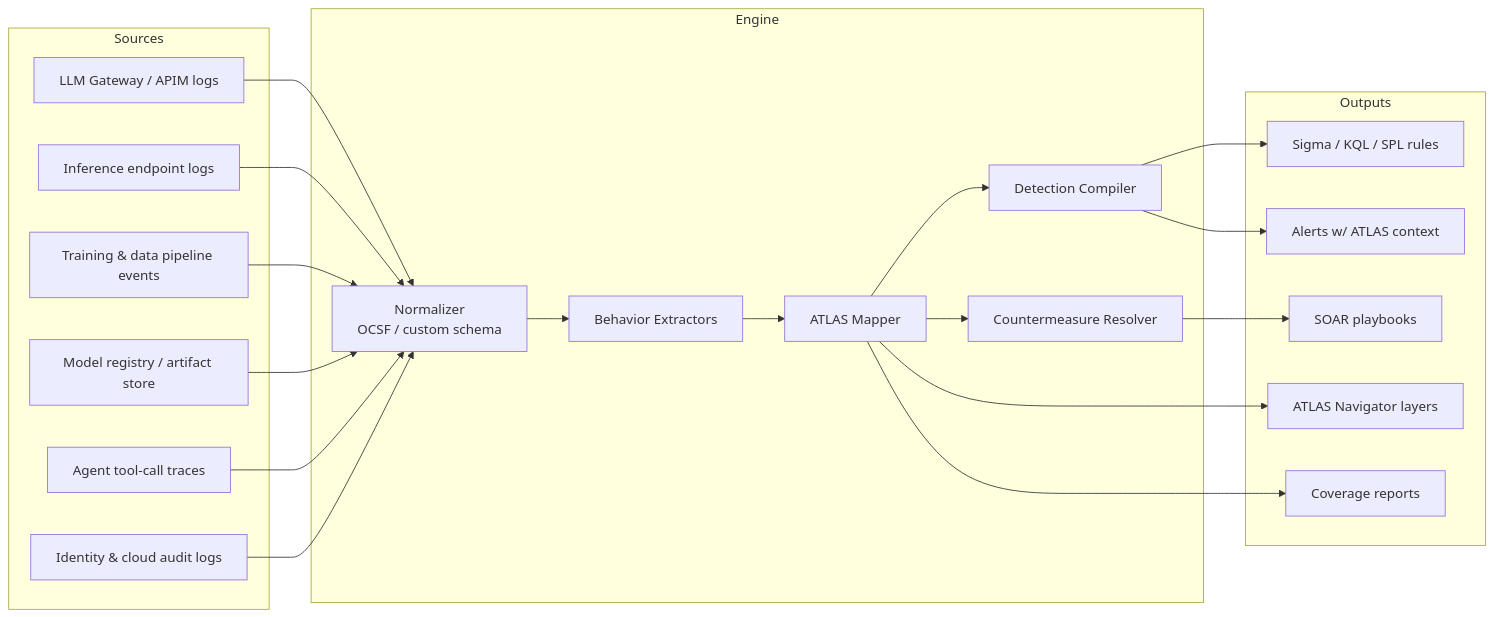
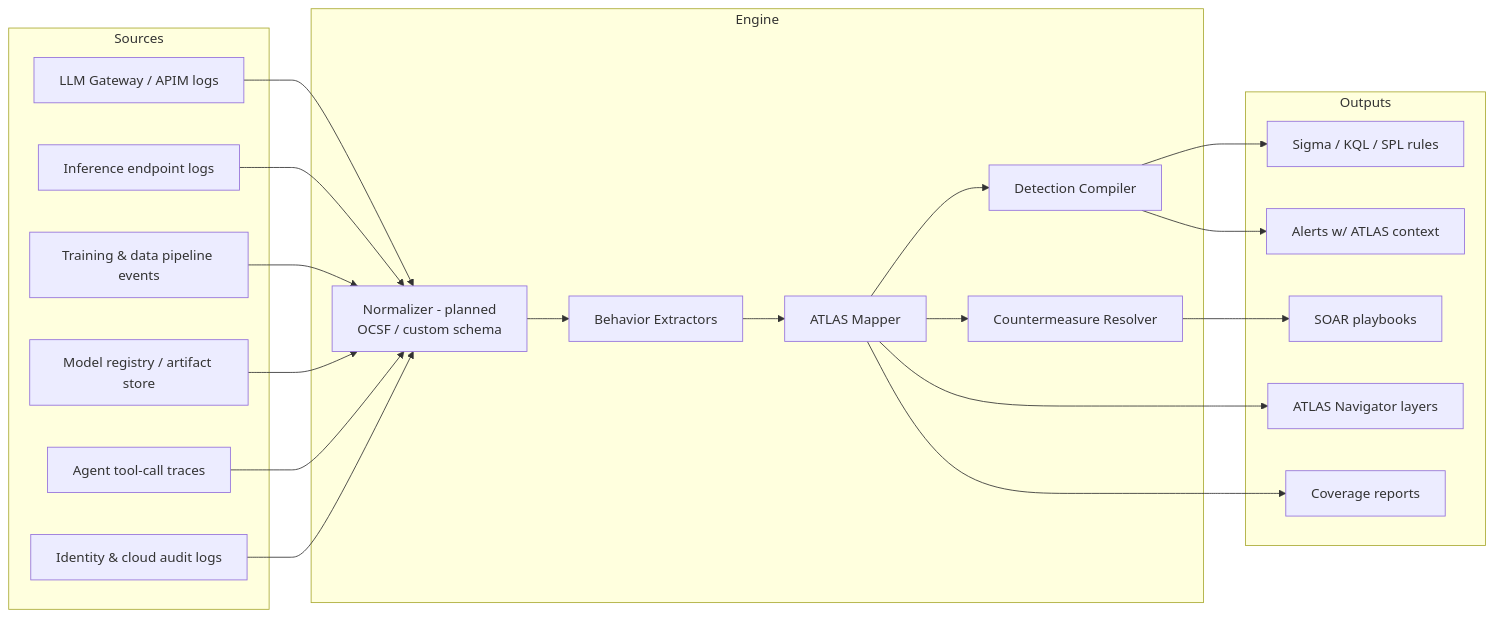
One commit to airios1111/atlasbehavior001 changed the diagram in README.md. Above: the diagram before and after it, drawn with Mermaid. The commit also changed other lines of this file, not shown here.

Commit message:
Refresh README roadmap counts and mark normalizer as planned

````diff
--- a/README.md
+++ b/README.md
@@ -36,34 +36,34 @@
 ```mermaid
 flowchart LR
     subgraph Sources
         A1[LLM Gateway / APIM logs]
         A2[Inference endpoint logs]
         A3[Training & data pipeline events]
         A4[Model registry / artifact store]
         A5[Agent tool-call traces]
         A6[Identity & cloud audit logs]
     end
 
     subgraph Engine
-        N[Normalizer<br/>OCSF / custom schema]
+        N[Normalizer - planned<br/>OCSF / custom schema]
         B[Behavior Extractors]
         M[ATLAS Mapper]
         D[Detection Compiler]
         C[Countermeasure Resolver]
     end
 
     subgraph Outputs
         O1[Sigma / KQL / SPL rules]
         O2[ATLAS Navigator layers]
         O3[SOAR playbooks]
         O4[Coverage reports]
         O5[Alerts w/ ATLAS context]
     end
 
     A1 & A2 & A3 & A4 & A5 & A6 --> N --> B --> M
     M --> D --> O1
     M --> C --> O3
     M --> O2
     M --> O4
     D --> O5
 ```
````
